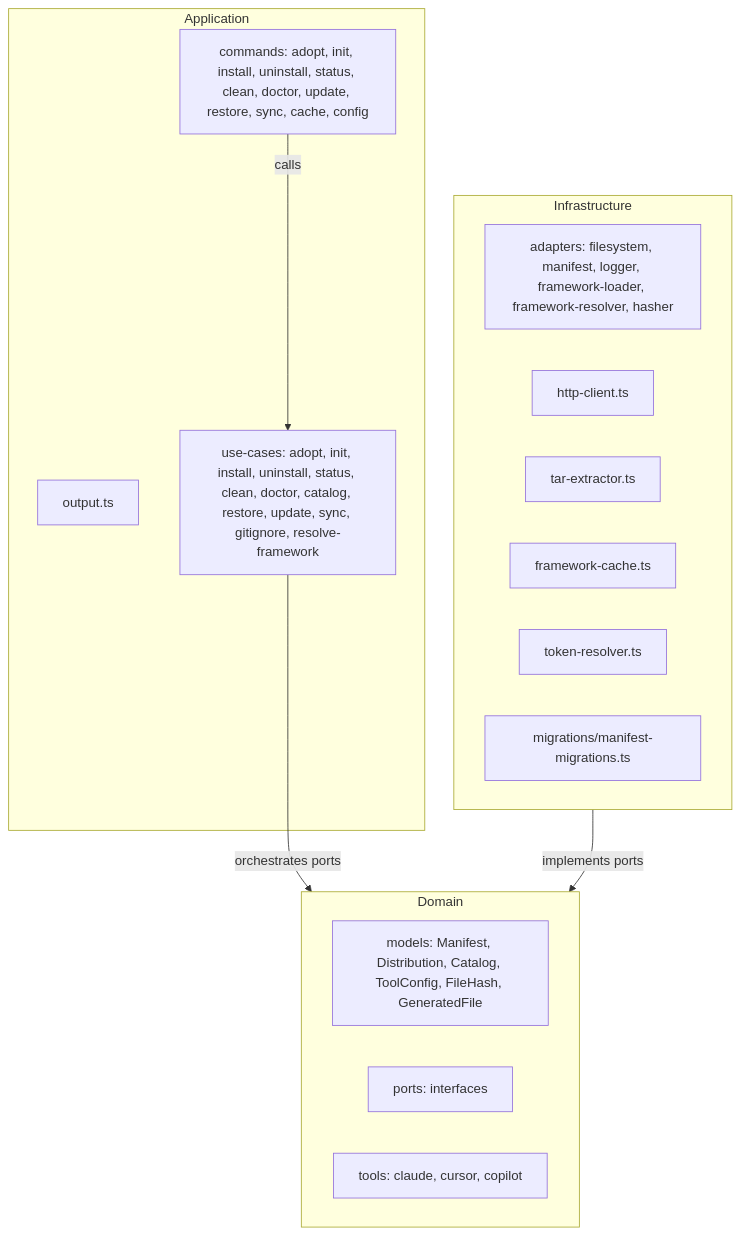
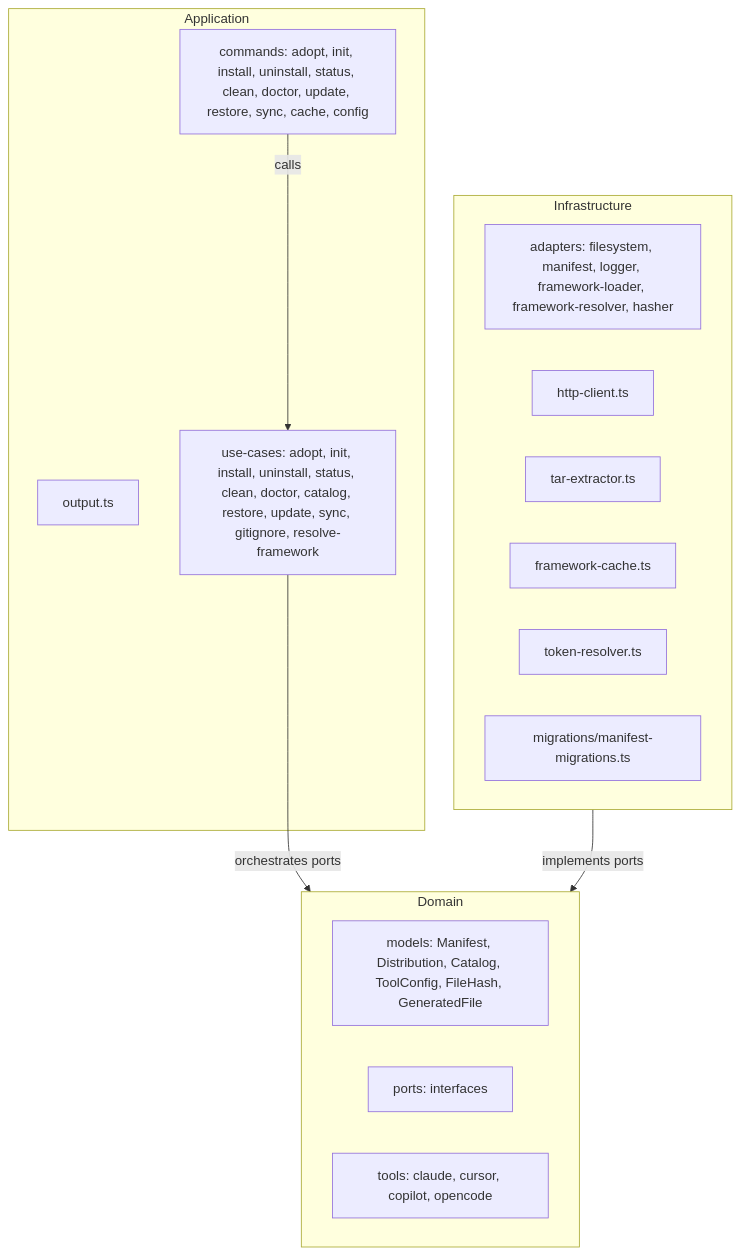
One commit to ai-driven-dev/framework changed the second of 3 diagrams in aidd_docs/memory/architecture.md. Above: the diagram before and after it, drawn with Mermaid. The commit also changed other lines of this file and 2 other files, not shown here.

First line of the commit message:
docs(memory): add opencode tool and update version to v2.7.3

````diff
--- a/aidd_docs/memory/architecture.md
+++ b/aidd_docs/memory/architecture.md
@@ -40,24 +40,24 @@
 ```mermaid
 flowchart TD
     subgraph APP["Application"]
         CMD_FILES["commands: adopt, init, install, uninstall, status, clean, doctor, update, restore, sync, cache, config"]
         OUTPUT["output.ts"]
         USECASES["use-cases: adopt, init, install, uninstall, status, clean, doctor, catalog, restore, update, sync, gitignore, resolve-framework"]
     end
     subgraph DOM["Domain"]
         MODELS["models: Manifest, Distribution, Catalog, ToolConfig, FileHash, GeneratedFile"]
         PORTS["ports: interfaces"]
-        TOOLS["tools: claude, cursor, copilot"]
+        TOOLS["tools: claude, cursor, copilot, opencode"]
     end
     subgraph INFRA["Infrastructure"]
         ADAPTERS["adapters: filesystem, manifest, logger, framework-loader, framework-resolver, hasher"]
         HTTP["http-client.ts"]
         TAR["tar-extractor.ts"]
         CACHE["framework-cache.ts"]
         TOKEN["token-resolver.ts"]
         MIG["migrations/manifest-migrations.ts"]
     end
     CMD_FILES -->|calls| USECASES
     USECASES -->|orchestrates ports| DOM
     INFRA -->|implements ports| DOM
 ```
````
